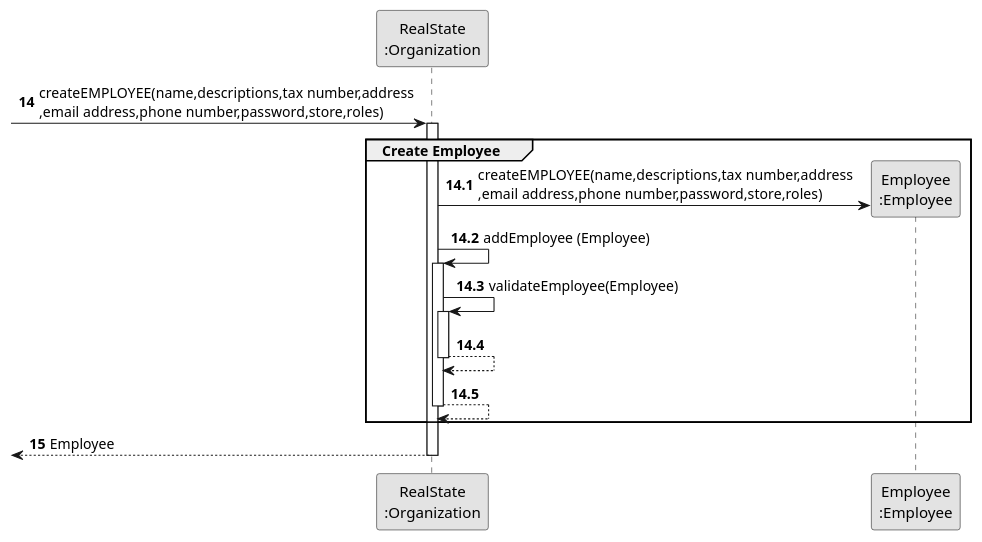
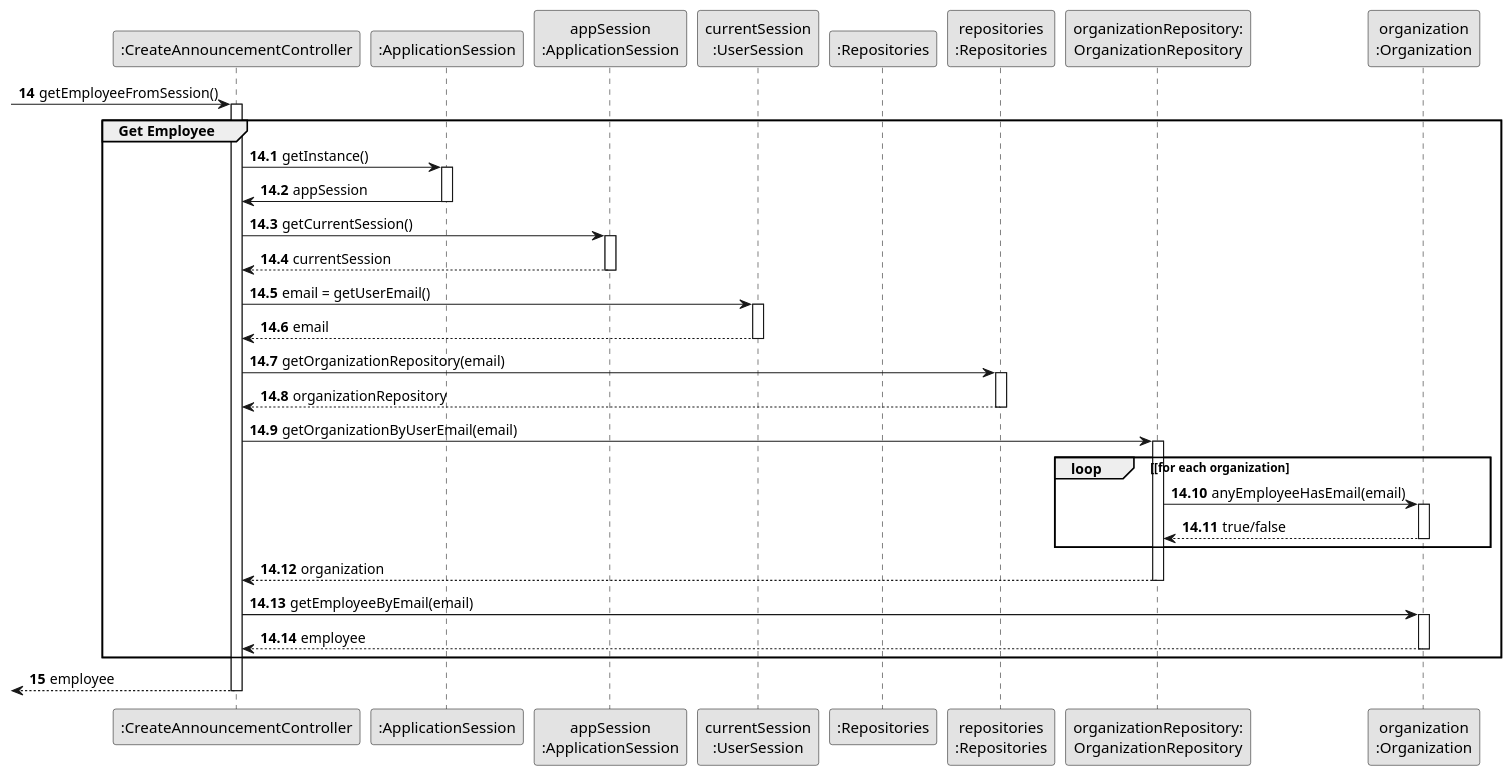
The diagram in lei-22-s2-1do-g68/docs/SprintB/us002/03.design/puml/us002-sequence-diagram-partial-get-employee.puml (hugosilva2901/lei-22-s2-1DO-g68), drawn with PlantUML before and after one commit. The commit also changed 5 other files, not shown here.

Commit message:
mudanças nos diagramas e na classe owner e adicionar classes de announcement

```diff
--- a/lei-22-s2-1do-g68/docs/SprintB/us002/03.design/puml/us002-sequence-diagram-partial-get-employee.puml
+++ b/lei-22-s2-1do-g68/docs/SprintB/us002/03.design/puml/us002-sequence-diagram-partial-get-employee.puml
@@ -1,34 +1,72 @@
 @startuml
 skinparam monochrome true
 skinparam packageStyle rectangle
 skinparam shadowing false
 
-participant "RealState\n:Organization" as ORG
-participant "Employee\n:Employee" as TAREFA
+
+
+'hide footbox
+participant ":CreateAnnouncementController" as CTRL
+participant ":ApplicationSession" as _APP
+participant "appSession\n:ApplicationSession" as APP
+participant "currentSession\n:UserSession" as SESSAO
+participant ":Repositories" as RepositorySingleton
+participant "repositories\n:Repositories" as PLAT
+participant "organizationRepository:\nOrganizationRepository" as OrganizationRepository
+participant "organization\n:Organization" as ORG
 
 autonumber 14
--> ORG:  createEMPLOYEE(name,descriptions,tax number,address\n,email address,phone number,password,store,roles)
+-> CTRL : getEmployeeFromSession()
+autonumber 14.1
+activate CTRL
 
-autonumber 14.1
-activate ORG
-    group Create Employee
+    group Get Employee
+        CTRL -> _APP: getInstance()
+        activate _APP
+            _APP -> CTRL: appSession
+        deactivate _APP
 
-        ORG -> TAREFA**: createEMPLOYEE(name,descriptions,tax number,address\n,email address,phone number,password,store,roles)
-        ORG -> ORG: addEmployee (Employee)
+        CTRL -> APP: getCurrentSession()
+        activate APP
 
+            APP --> CTRL: currentSession
+        deactivate APP
+
+        CTRL -> SESSAO: email = getUserEmail()
+        activate SESSAO
+
+            SESSAO --> CTRL: email
+        deactivate SESSAO
+
+        CTRL -> PLAT: getOrganizationRepository(email)
+        activate PLAT
+
+            PLAT --> CTRL: organizationRepository
+        deactivate PLAT
+
+        CTRL -> OrganizationRepository: getOrganizationByUserEmail(email)
+        activate OrganizationRepository
+
+            loop [for each organization
+                OrganizationRepository -> ORG : anyEmployeeHasEmail(email)
+                activate ORG
+
+                     ORG --> OrganizationRepository : true/false
+                deactivate ORG
+            end
+
+            OrganizationRepository --> CTRL : organization
+
+        deactivate OrganizationRepository
+
+        CTRL -> ORG: getEmployeeByEmail(email)
         activate ORG
-            ORG -> ORG: validateEmployee(Employee)
-            activate ORG
-                ORG --> ORG
-            deactivate ORG
 
-            ORG --> ORG
+            ORG --> CTRL : employee
         deactivate ORG
     end
-
     autonumber 15
-    <-- ORG : Employee
-deactivate ORG
-
+    <-- CTRL : employee
+deactivate CTRL
 
 @enduml
```
